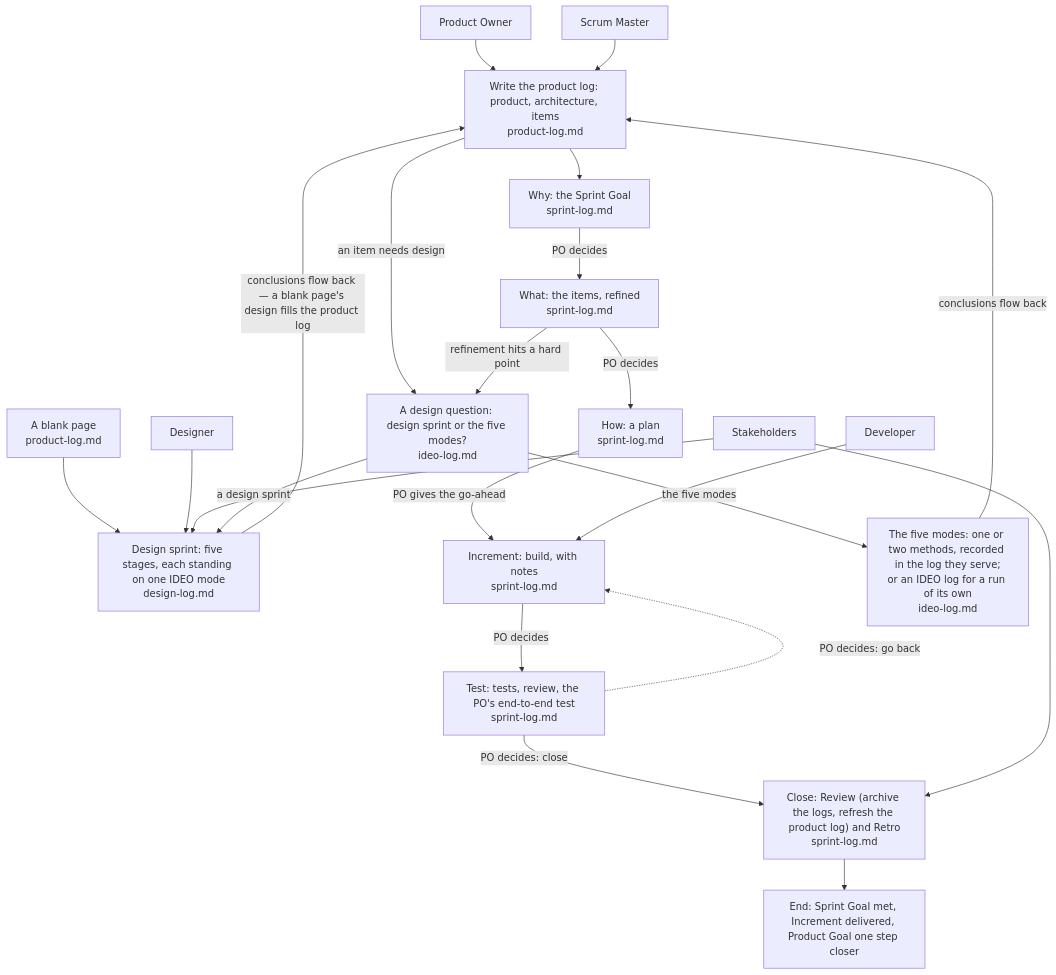
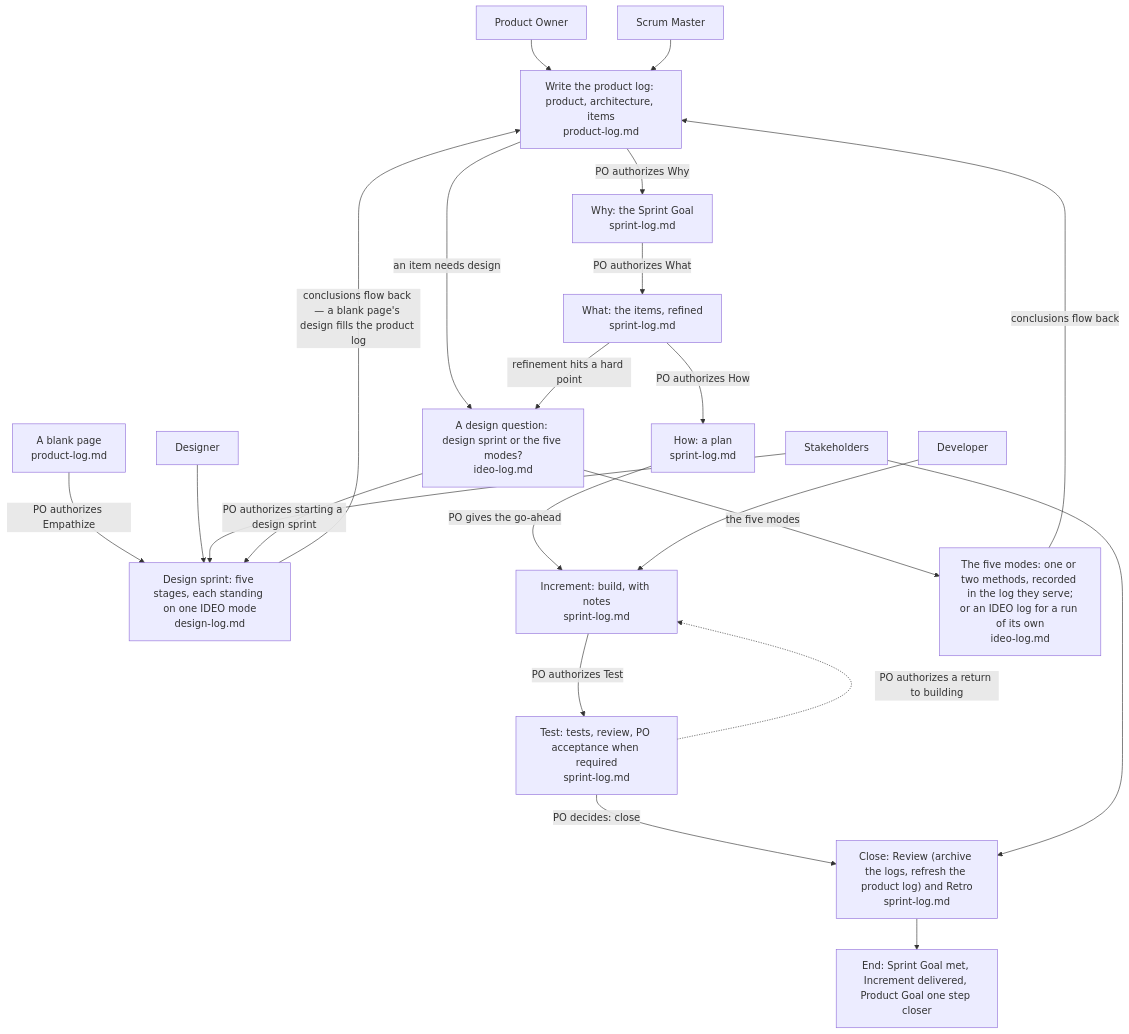
The diagram in plugins/ideo-scrum/skills/scrum-kernel/overview.md (seapawn1/IDEO-Scrum), drawn with Mermaid before and after one commit. The commit also changed other lines of this file and 18 other files, not shown here.

````diff
--- a/plugins/ideo-scrum/skills/scrum-kernel/overview.md
+++ b/plugins/ideo-scrum/skills/scrum-kernel/overview.md
@@ -14,29 +14,29 @@
 ```mermaid
 flowchart TD
     PO["Product Owner"]
     SM["Scrum Master"]
     DEV["Developer"]
     DES["Designer"]
     SH["Stakeholders"]
     PO --> A["Write the product log: product, architecture, items<br/>product-log.md"]
     SM --> A
     A -- "an item needs design" --> X0["A design question: design sprint or the five modes?<br/>ideo-log.md"]
-    BP["A blank page<br/>product-log.md"] --> X
-    A --> S1["Why: the Sprint Goal<br/>sprint-log.md"]
-    S1 -- "PO decides" --> S2["What: the items, refined<br/>sprint-log.md"]
+    BP["A blank page<br/>product-log.md"] -- "PO authorizes Empathize" --> X
+    A -- "PO authorizes Why" --> S1["Why: the Sprint Goal<br/>sprint-log.md"]
+    S1 -- "PO authorizes What" --> S2["What: the items, refined<br/>sprint-log.md"]
     S2 -- "refinement hits a hard point" --> X0
-    S2 -- "PO decides" --> S3["How: a plan<br/>sprint-log.md"]
+    S2 -- "PO authorizes How" --> S3["How: a plan<br/>sprint-log.md"]
     S3 -- "PO gives the go-ahead" --> S4["Increment: build, with notes<br/>sprint-log.md"]
     DEV --> S4
-    S4 -- "PO decides" --> S5["Test: tests, review, the PO's end-to-end test<br/>sprint-log.md"]
-    S5 -. "PO decides: go back" .-> S4
+    S4 -- "PO authorizes Test" --> S5["Test: tests, review, PO acceptance when required<br/>sprint-log.md"]
+    S5 -. "PO authorizes a return to building" .-> S4
     S5 -- "PO decides: close" --> V["Close: Review (archive the logs, refresh the product log) and Retro<br/>sprint-log.md"]
     DES --> X
     SH --> X
     SH --> V
-    X0 -- "a design sprint" --> X["Design sprint: five stages, each standing on one IDEO mode<br/>design-log.md"]
+    X0 -- "PO authorizes starting a design sprint" --> X["Design sprint: five stages, each standing on one IDEO mode<br/>design-log.md"]
     X0 -- "the five modes" --> X2["The five modes: one or two methods, recorded in the log they serve;<br/>or an IDEO log for a run of its own<br/>ideo-log.md"]
     X -- "conclusions flow back — a blank page's design fills the product log" --> A
     X2 -- "conclusions flow back" --> A
     V --> E["End: Sprint Goal met, Increment delivered, Product Goal one step closer"]
 ```
````
